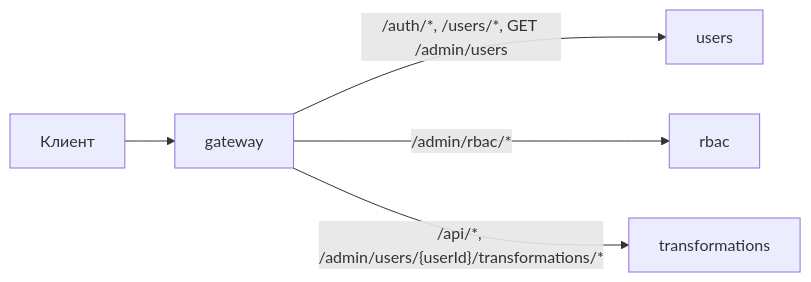
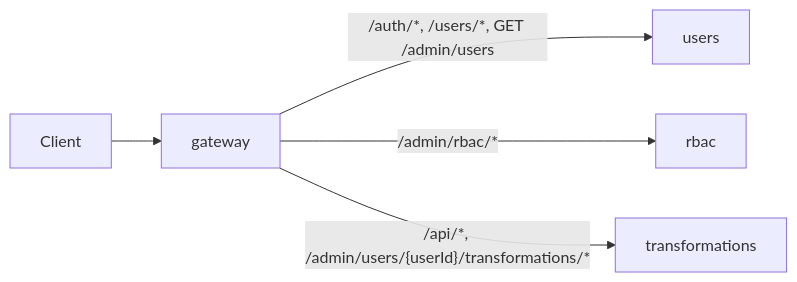
The first of 3 diagrams in courses-content/backend/B/1/en/0.5 API Gateway и безопасность.md (pavel-skripko-innowise/inno-fe-be-a1), drawn with Mermaid before and after one commit. The commit also changed other lines of this file and 35 other files, not shown here.

````diff
--- a/courses-content/backend/B/1/en/0.5 API Gateway и безопасность.md
+++ b/courses-content/backend/B/1/en/0.5 API Gateway и безопасность.md
@@ -47,7 +47,7 @@
 ```mermaid
 flowchart LR
-  Client[Клиент] --> Gateway[gateway]
+  Client[Client] --> Gateway[gateway]
   Gateway -->|"/auth/*, /users/*, GET /admin/users"| Users[users]
   Gateway -->|"/admin/rbac/*"| Rbac[rbac]
   Gateway -->|"/api/*, /admin/users/{userId}/transformations/*"| Transform[transformations]
 ```
````
